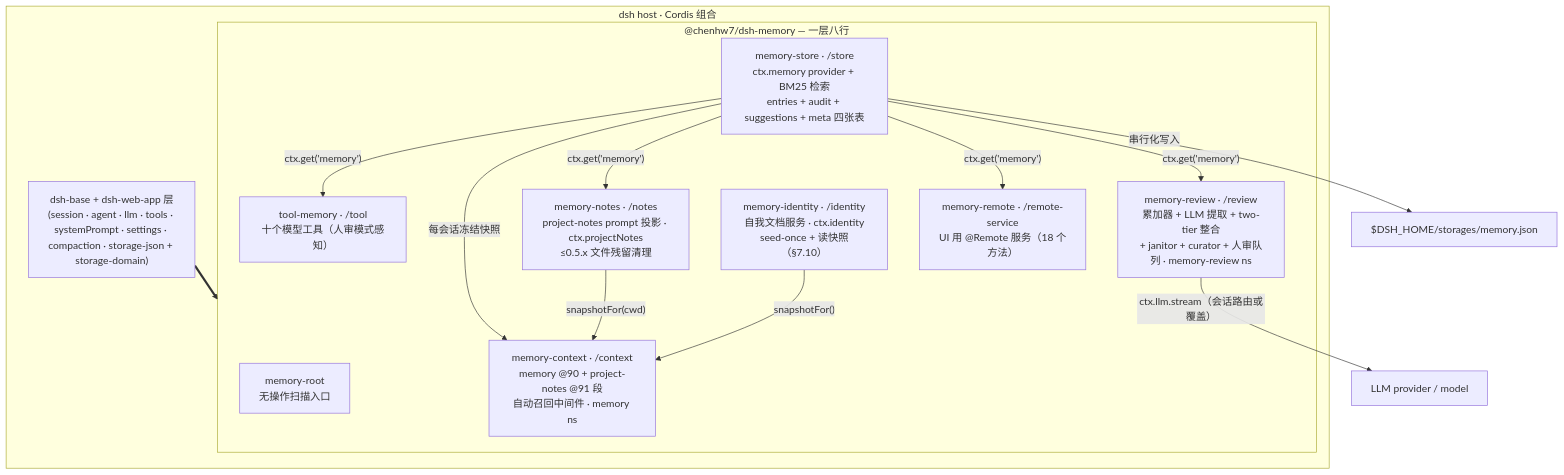
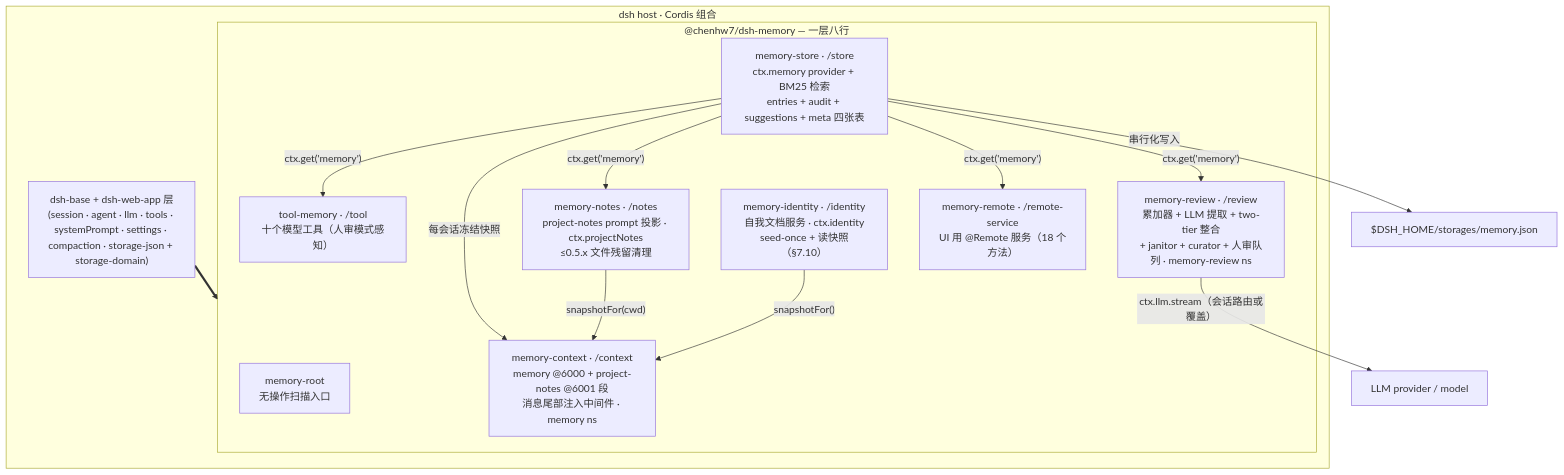
One commit to chenhw7/dsh-memory changed the first of 3 diagrams in docs/TECH_DESIGN.zh.md. Above: the diagram before and after it, drawn with Mermaid. The commit also changed other lines of this file and 37 other files, not shown here.

````diff
--- a/docs/TECH_DESIGN.zh.md
+++ b/docs/TECH_DESIGN.zh.md
@@ -103,26 +103,26 @@
 ```mermaid
 flowchart TB
   subgraph host["dsh host · Cordis 组合"]
     base["dsh-base + dsh-web-app 层<br/>(session · agent · llm · tools · systemPrompt · settings · compaction · storage-json + storage-domain)"]
     subgraph bundle["@chenhw7/dsh-memory — 一层八行"]
       root["memory-root<br/>无操作扫描入口"]
       store["memory-store · /store<br/>ctx.memory provider + BM25 检索<br/>entries + audit + suggestions + meta 四张表"]
       tool["tool-memory · /tool<br/>十个模型工具（人审模式感知）"]
       review["memory-review · /review<br/>累加器 + LLM 提取 + two-tier 整合<br/>+ janitor + curator + 人审队列 · memory-review ns"]
       notes["memory-notes · /notes<br/>project-notes prompt 投影 · ctx.projectNotes<br/>≤0.5.x 文件残留清理"]
       identity["memory-identity · /identity<br/>自我文档服务 · ctx.identity<br/>seed-once + 读快照（§7.10）"]
-      context["memory-context · /context<br/>memory @90 + project-notes @91 段<br/>自动召回中间件 · memory ns"]
+      context["memory-context · /context<br/>memory @6000 + project-notes @6001 段<br/>消息尾部注入中间件 · memory ns"]
       remote["memory-remote · /remote-service<br/>UI 用 @Remote 服务（18 个方法）"]
     end
   end
   base ==> bundle
   store -- "ctx.get('memory')" --> tool
   store -- "ctx.get('memory')" --> review
   store -- "每会话冻结快照" --> context
   store -- "ctx.get('memory')" --> notes
   store -- "ctx.get('memory')" --> remote
   review -- "ctx.llm.stream（会话路由或覆盖）" --> llm["LLM provider / model"]
   notes -- "snapshotFor(cwd)" --> context
   identity -- "snapshotFor()" --> context
   store -- "串行化写入" --> json["$DSH_HOME/storages/memory.json"]
 ```
````
